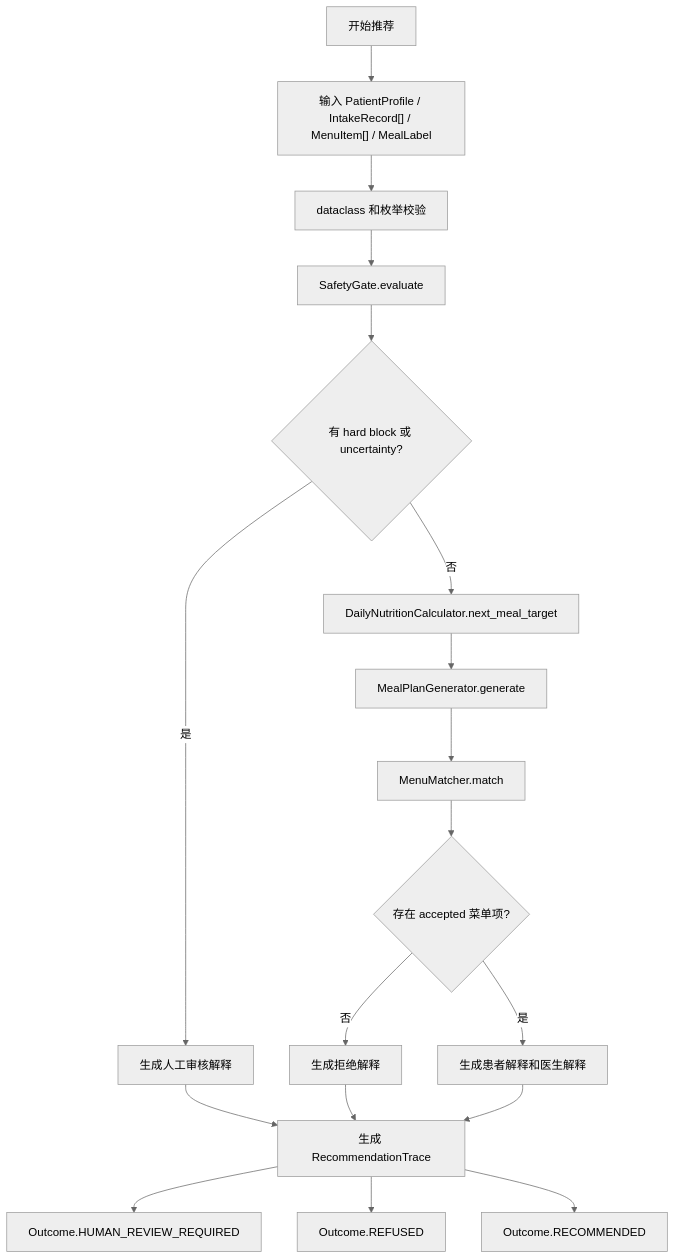
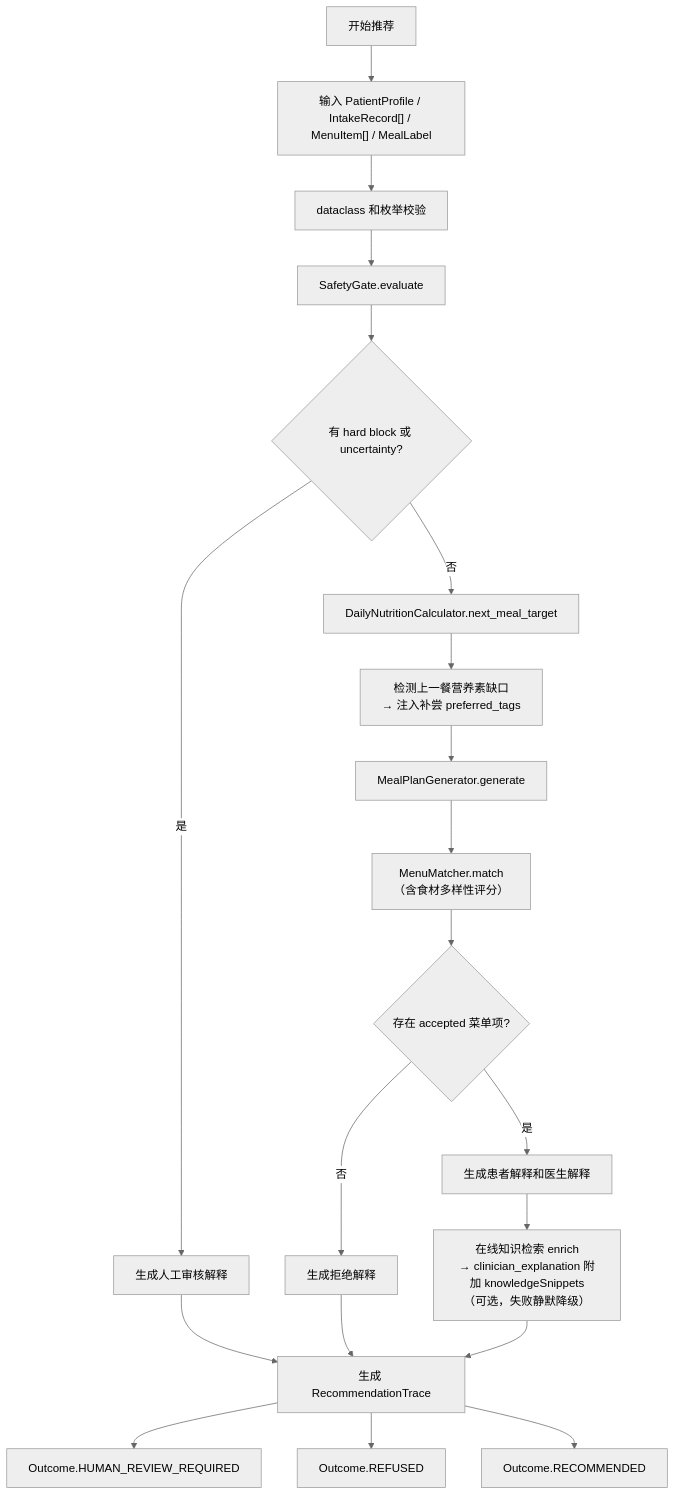
Before and after one commit to cosmic-snail/MediDiet: the second of 5 diagrams in docs/software-design.md, drawn with Mermaid (neutral theme). The commit also changed other lines of this file and 3 other files, not shown here.

````diff
--- a/docs/software-design.md
+++ b/docs/software-design.md
@@ -174,25 +177,27 @@
 ```mermaid
 flowchart TD
   start["开始推荐"]
   input["输入 PatientProfile / IntakeRecord[] / MenuItem[] / MealLabel"]
   validate["dataclass 和枚举校验"]
   safety["SafetyGate.evaluate"]
   review{"有 hard block 或 uncertainty?"}
   target["DailyNutritionCalculator.next_meal_target"]
+  gap["检测上一餐营养素缺口\n→ 注入补尝 preferred_tags"]
   plan["MealPlanGenerator.generate"]
-  match["MenuMatcher.match"]
+  match["MenuMatcher.match\n（含食材多样性评分）"]
   accepted{"存在 accepted 菜单项?"}
   explainReview["生成人工审核解释"]
   explainRefuse["生成拒绝解释"]
   explainOk["生成患者解释和医生解释"]
+  knowledge["在线知识检索 enrich\n→ clinician_explanation 附加 knowledgeSnippets\n（可选，失败静默降级）"]
   trace["生成 RecommendationTrace"]
   outReview["Outcome.HUMAN_REVIEW_REQUIRED"]
   outRefuse["Outcome.REFUSED"]
   outOk["Outcome.RECOMMENDED"]
 
   start --> input --> validate --> safety --> review
   review -- 是 --> explainReview --> trace --> outReview
-  review -- 否 --> target --> plan --> match --> accepted
+  review -- 否 --> target --> gap --> plan --> match --> accepted
   accepted -- 否 --> explainRefuse --> trace --> outRefuse
-  accepted -- 是 --> explainOk --> trace --> outOk
+  accepted -- 是 --> explainOk --> knowledge --> trace --> outOk
 ```
````
